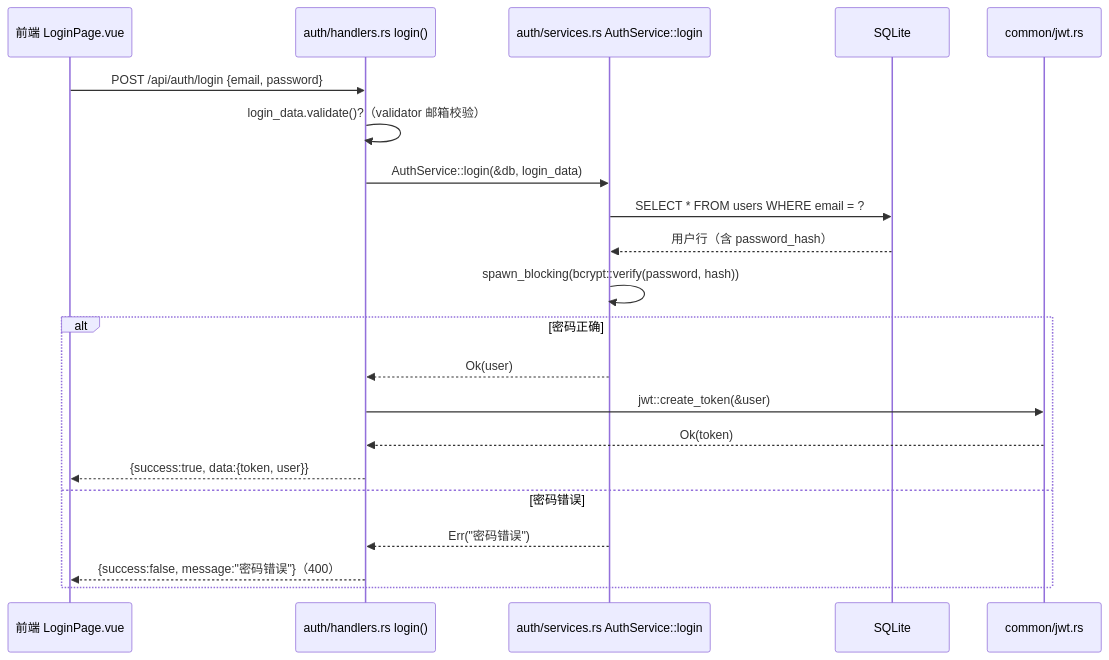
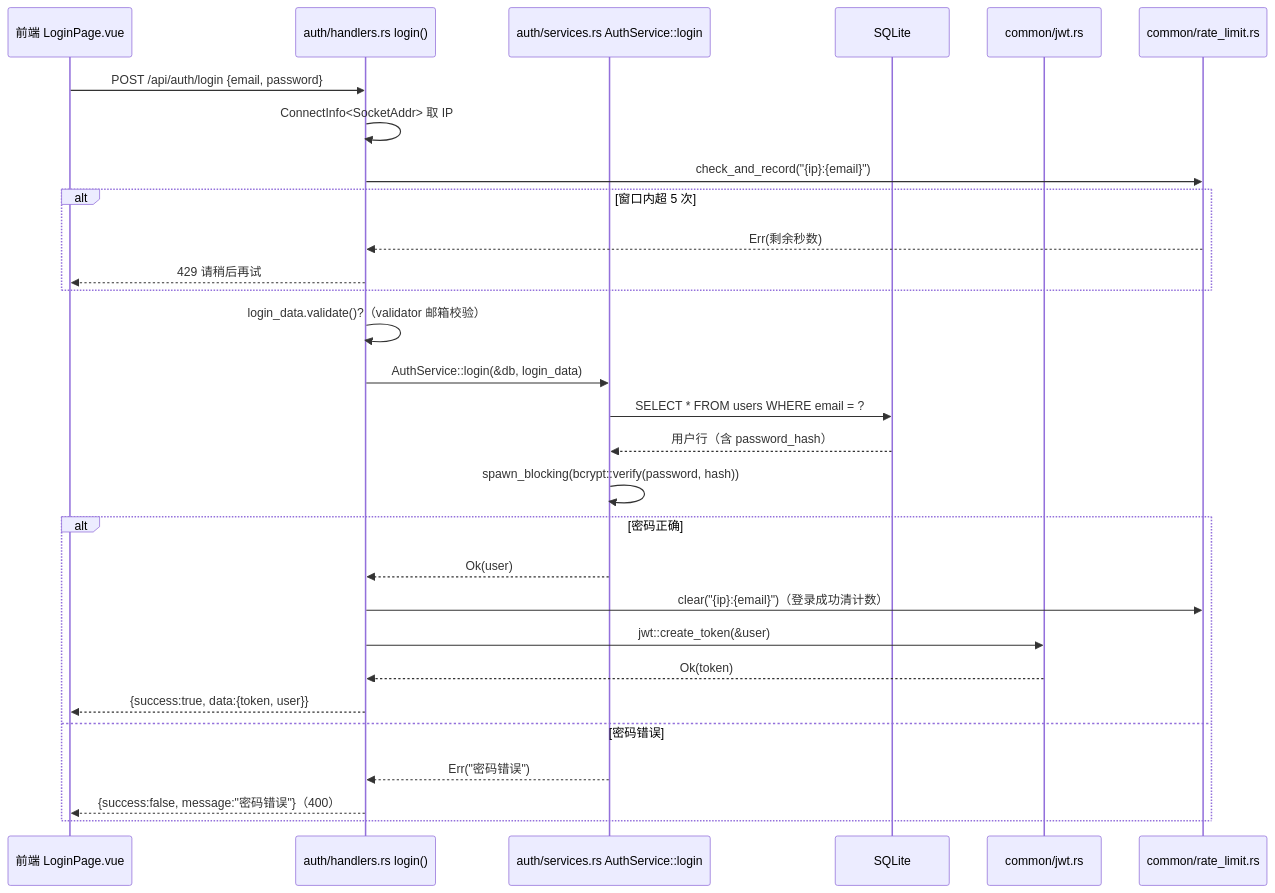
The seventh of 12 diagrams in docs/tutorial/03-后端逐模块精读.md (3123958139/RustWeb-Vue), drawn with Mermaid before and after one commit. The commit also changed other lines of this file and 8 other files, not shown here.

````diff
--- a/docs/tutorial/03-后端逐模块精读.md
+++ b/docs/tutorial/03-后端逐模块精读.md
@@ -928,23 +1291,31 @@
 ```mermaid
 sequenceDiagram
     participant F as 前端 LoginPage.vue
     participant H as auth/handlers.rs login()
     participant S as auth/services.rs AuthService::login
     participant D as SQLite
     participant J as common/jwt.rs
+    participant L as common/rate_limit.rs
     F->>H: POST /api/auth/login {email, password}
+    H->>H: ConnectInfo<SocketAddr> 取 IP
+    H->>L: check_and_record("{ip}:{email}")
+    alt 窗口内超 5 次
+        L-->>H: Err(剩余秒数)
+        H-->>F: 429 请稍后再试
+    end
     H->>H: login_data.validate()?（validator 邮箱校验）
     H->>S: AuthService::login(&db, login_data)
     S->>D: SELECT * FROM users WHERE email = ?
     D-->>S: 用户行（含 password_hash）
     S->>S: spawn_blocking(bcrypt::verify(password, hash))
     alt 密码正确
         S-->>H: Ok(user)
+        H->>L: clear("{ip}:{email}")（登录成功清计数）
         H->>J: jwt::create_token(&user)
         J-->>H: Ok(token)
         H-->>F: {success:true, data:{token, user}}
     else 密码错误
         S-->>H: Err("密码错误")
         H-->>F: {success:false, message:"密码错误"}（400）
     end
 ```
````
